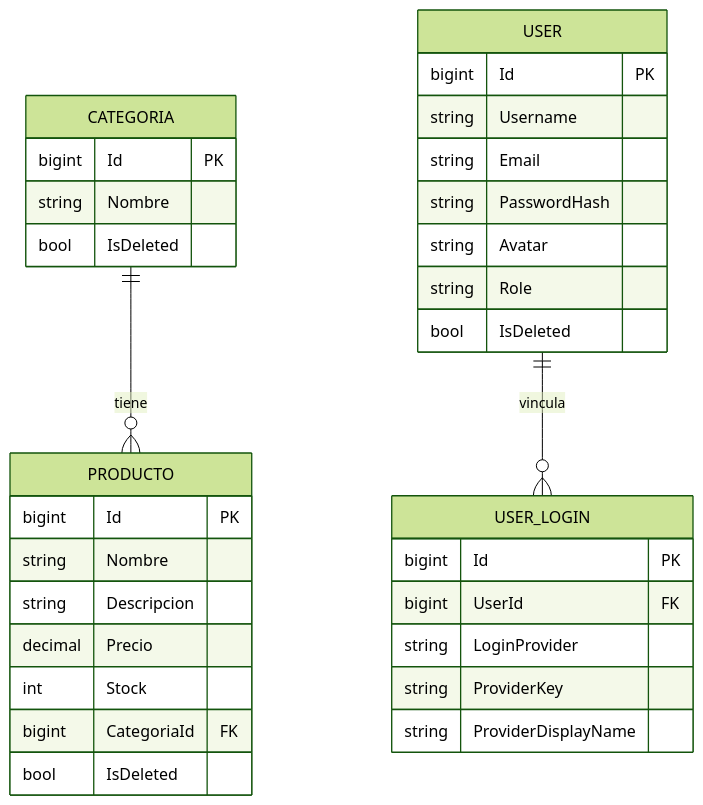
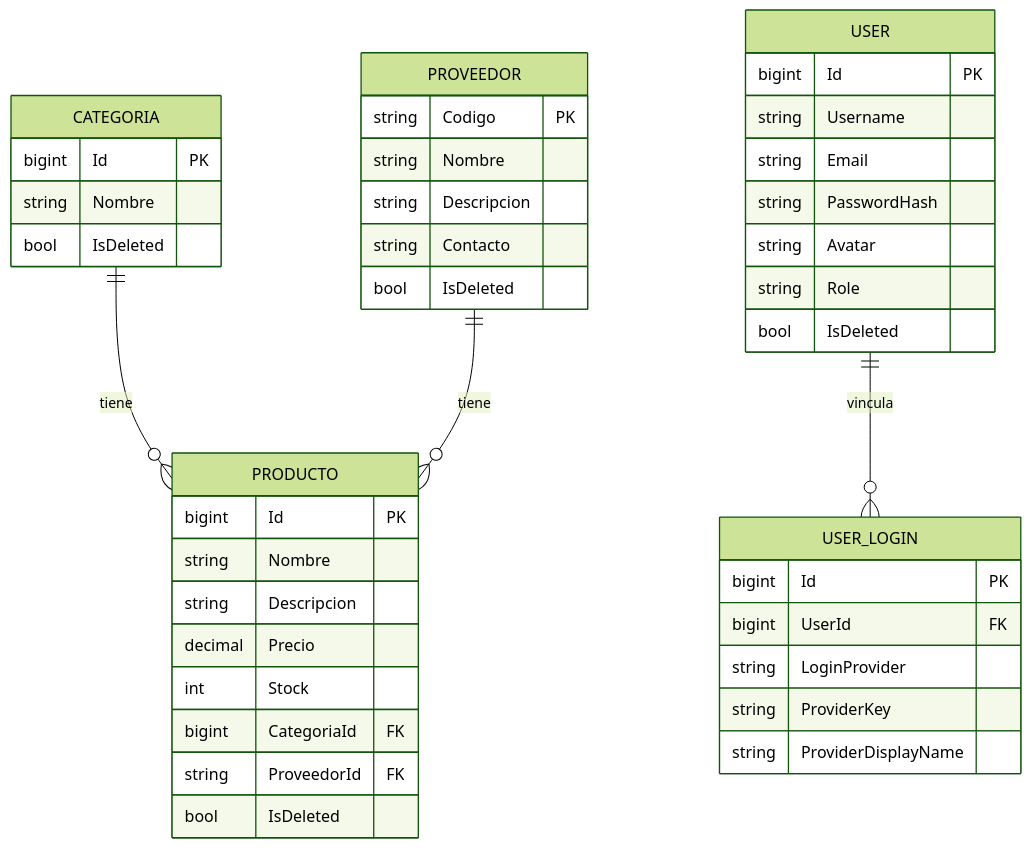
The second of 7 diagrams in README.md (joseluisgs/TiendaDawApi-NetCore), drawn with Mermaid (forest theme) before and after one commit. The commit also changed other lines of this file and 89 other files, not shown here.

````diff
--- a/README.md
+++ b/README.md
@@ -588,40 +603,50 @@
 ```mermaid
 erDiagram
     CATEGORIA ||--o{ PRODUCTO : "tiene"
+    PROVEEDOR ||--o{ PRODUCTO : "tiene"
     
     USER {
         bigint Id PK
         string Username
         string Email
         string PasswordHash
         string Avatar
         string Role
         bool IsDeleted
     }
     
     USER_LOGIN {
         bigint Id PK
         bigint UserId FK
         string LoginProvider
         string ProviderKey
         string ProviderDisplayName
     }
     
     USER ||--o{ USER_LOGIN : "vincula"
     
     CATEGORIA {
         bigint Id PK
         string Nombre
         bool IsDeleted
     }
     
     PRODUCTO {
         bigint Id PK
         string Nombre
         string Descripcion
         decimal Precio
         int Stock
         bigint CategoriaId FK
+        string ProveedorId FK
+        bool IsDeleted
+    }
+
+    PROVEEDOR {
+        string Codigo PK
+        string Nombre
+        string Descripcion
+        string Contacto
         bool IsDeleted
     }
 ```
````
